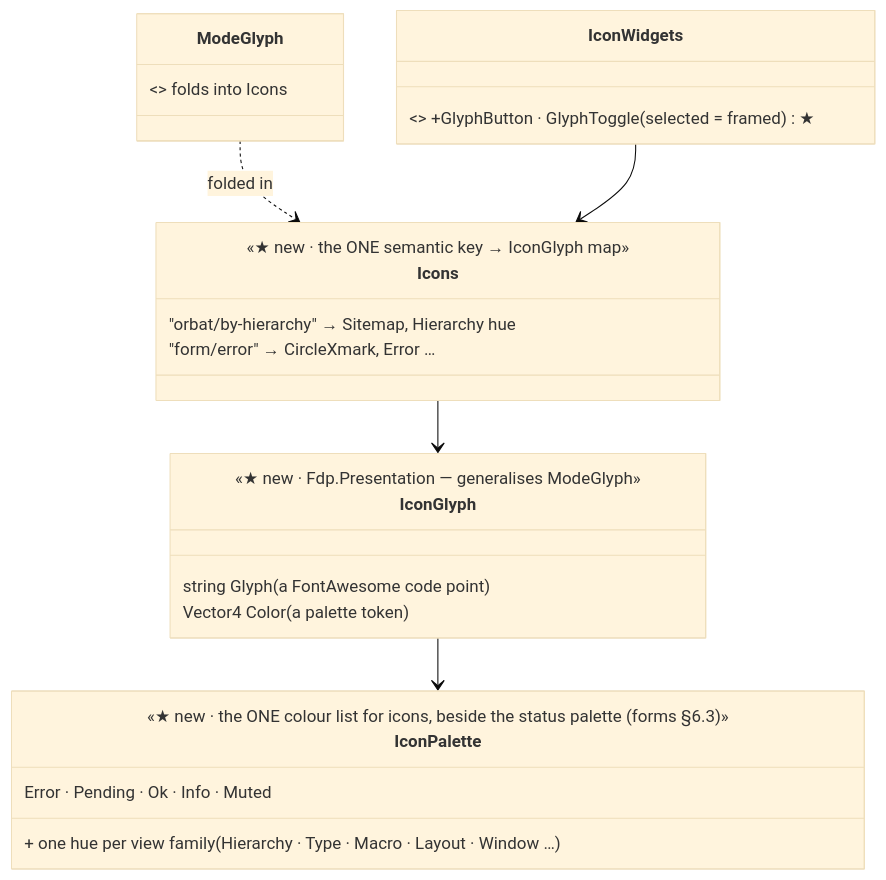
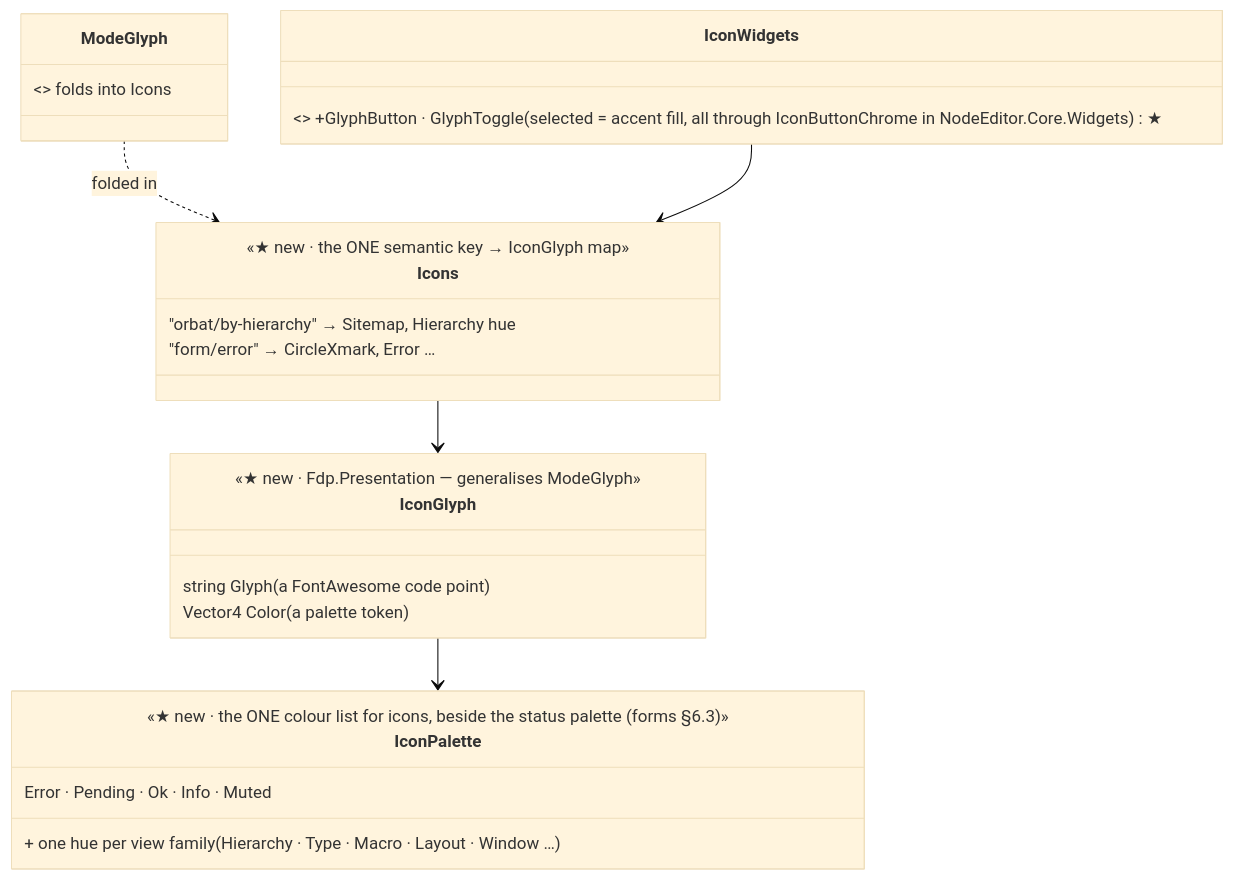
One commit to pjanec/HROT changed the diagram in docs/UX/DESIGN_Colour_Icons.md. Above: the diagram before and after it, drawn with Mermaid (base theme). The commit also changed other lines of this file and 12 other files, not shown here.

First line of the commit message:
CE-4333 (U-2): ONE icon-button chrome — IconButtonChrome moves to NodeEditor.Core.Widgets; GlyphWidgets and the run-mode indicator draw through it (transparent at rest, white frame on hover, accent fill when selected); Colour Icons I1 folded

````diff
--- a/docs/UX/DESIGN_Colour_Icons.md
+++ b/docs/UX/DESIGN_Colour_Icons.md
@@ -44,24 +44,24 @@
 ```mermaid
 classDiagram
   class IconGlyph {
     <<★ new · Fdp.Presentation — generalises ModeGlyph>>
     string Glyph (a FontAwesome code point)
     Vector4 Color (a palette token)
   }
   class IconPalette {
     <<★ new · the ONE colour list for icons, beside the status palette (forms §6.3)>>
     Error · Pending · Ok · Info · Muted
     + one hue per view family (Hierarchy · Type · Macro · Layout · Window …)
   }
   class Icons {
     <<★ new · the ONE semantic key → IconGlyph map>>
     "orbat/by-hierarchy" → Sitemap, Hierarchy hue
     "form/error" → CircleXmark, Error …
   }
   class ModeGlyph { <<existing · MainToolbarTimeControlSection>> folds into Icons }
-  class IconWidgets { <<existing · Fdp.Presentation/ImGui/Icons>> +GlyphButton · GlyphToggle (selected = framed) ★ }
+  class IconWidgets { <<existing · Fdp.Presentation/ImGui/Icons>> +GlyphButton · GlyphToggle (selected = accent fill, all through IconButtonChrome in NodeEditor.Core.Widgets) ★ }
   Icons --> IconGlyph
   IconGlyph --> IconPalette
   ModeGlyph ..> Icons : folded in
   IconWidgets --> Icons
 ```
````
